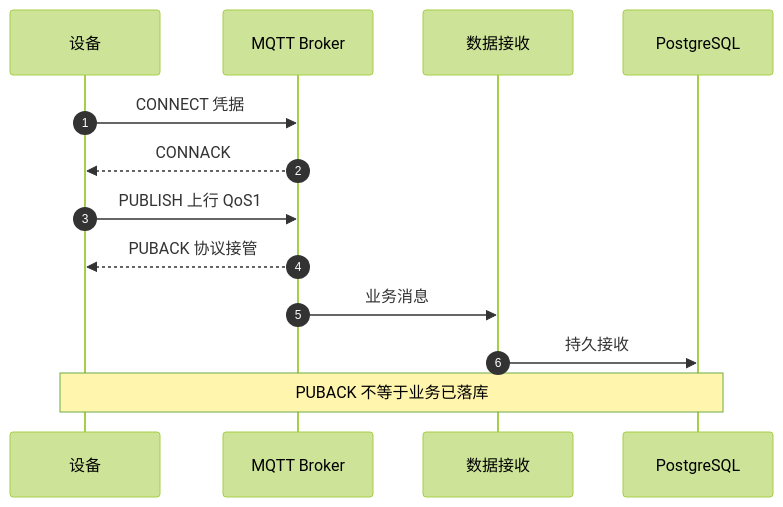
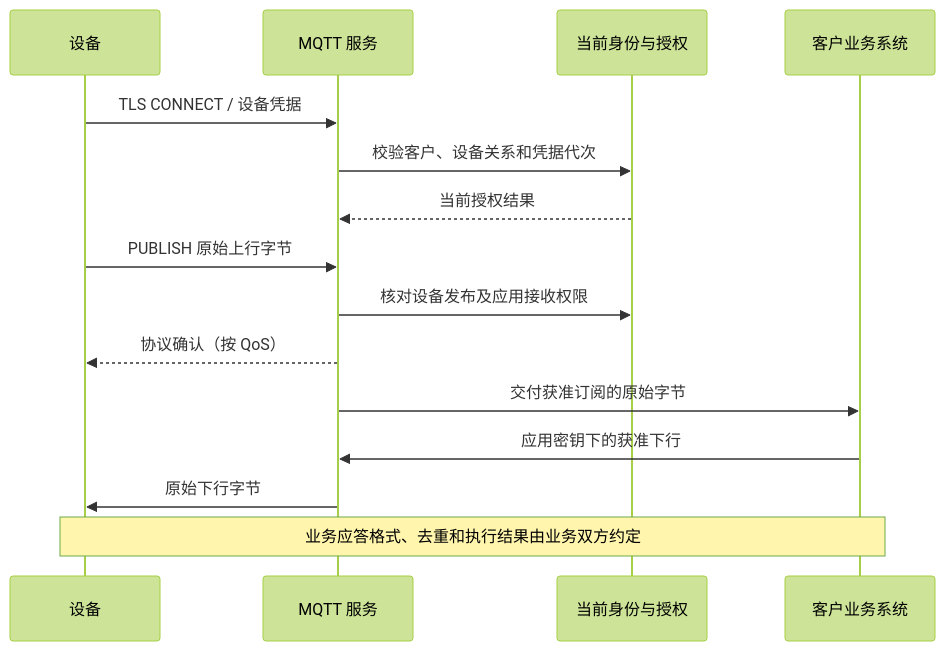
The eighth of 8 diagrams in docs/guide/iot-center.md (zoujingli/typeapp), drawn with Mermaid (forest theme) before and after one commit. The commit also changed other lines of this file and 149 other files, not shown here.

````diff
--- a/docs/guide/iot-center.md
+++ b/docs/guide/iot-center.md
@@ -484,16 +432,17 @@
 ```mermaid
 sequenceDiagram
-  autonumber
-  participant Dev as 设备
-  participant Br as MQTT Broker
-  participant Ing as 数据接收
-  participant Db as PostgreSQL
-
-  Dev->>Br: CONNECT 凭据
-  Br-->>Dev: CONNACK
-  Dev->>Br: PUBLISH 上行 QoS1
-  Br-->>Dev: PUBACK 协议接管
-  Br->>Ing: 业务消息
-  Ing->>Db: 持久接收
-  Note over Dev,Db: PUBACK 不等于业务已落库
+  participant Device as 设备
+  participant MQTT as MQTT 服务
+  participant Policy as 当前身份与授权
+  participant App as 客户业务系统
+  Device->>MQTT: TLS CONNECT / 设备凭据
+  MQTT->>Policy: 校验客户、设备关系和凭据代次
+  Policy-->>MQTT: 当前授权结果
+  Device->>MQTT: PUBLISH 原始上行字节
+  MQTT->>Policy: 核对设备发布及应用接收权限
+  MQTT-->>Device: 协议确认（按 QoS）
+  MQTT->>App: 交付获准订阅的原始字节
+  App->>MQTT: 应用密钥下的获准下行
+  MQTT->>Device: 原始下行字节
+  Note over Device,App: 业务应答格式、去重和执行结果由业务双方约定
 ```
````
